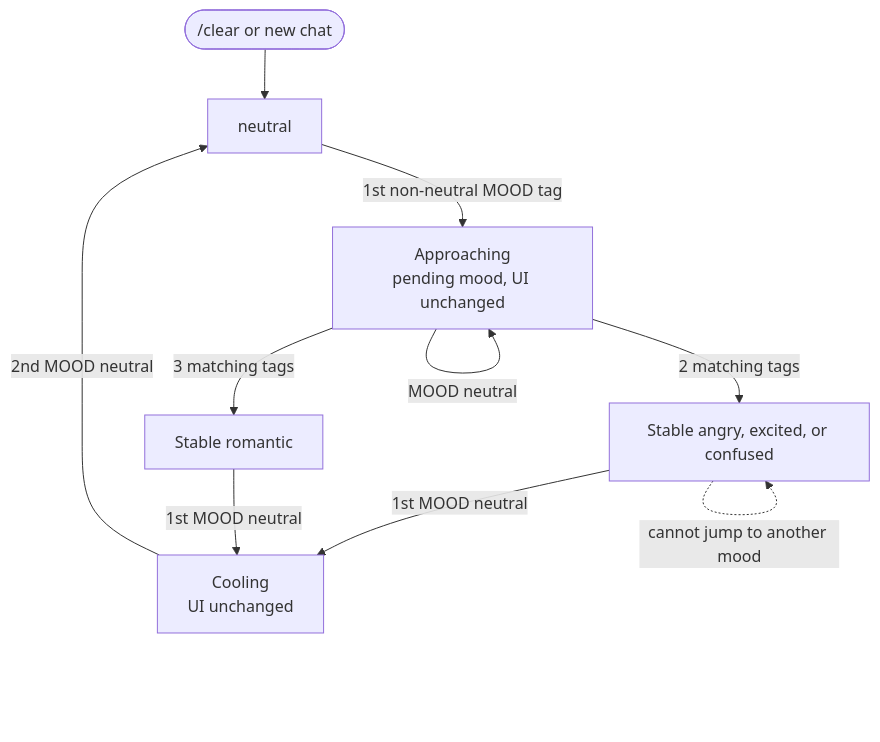
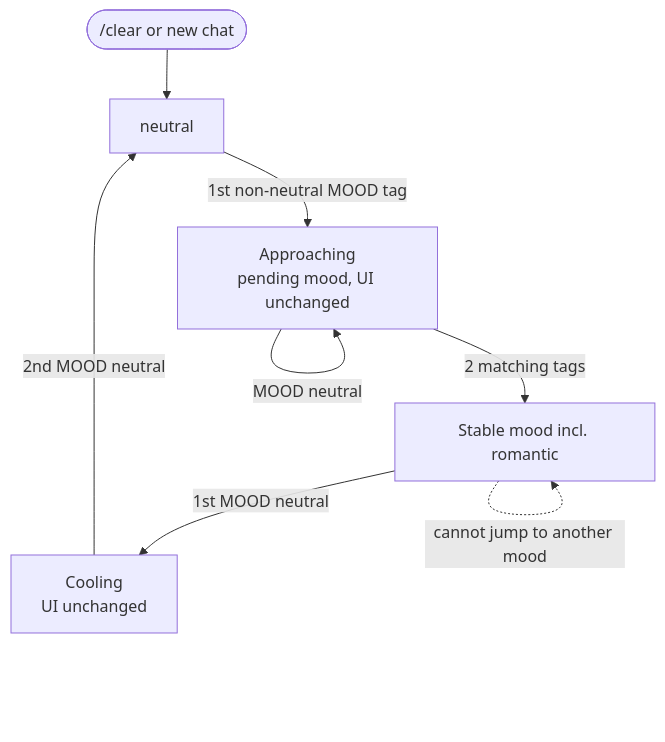
Before and after one commit to asyntes/tomie: the diagram in README.md, drawn with Mermaid. The commit also changed other lines of this file and 21 other files, not shown here.

````diff
--- a/README.md
+++ b/README.md
@@ -32,17 +32,15 @@
 ```mermaid
 flowchart TB
     start(["/clear or new chat"]) --> neutral
 
     neutral -->|"1st non-neutral MOOD tag"| approaching["Approaching<br/>pending mood, UI unchanged"]
 
-    approaching -->|"2 matching tags"| stable_fast["Stable angry, excited, or confused"]
-    approaching -->|"3 matching tags"| stable_romantic["Stable romantic"]
+    approaching -->|"2 matching tags"| stable_mood["Stable mood incl. romantic"]
     approaching -->|"MOOD neutral"| approaching
 
-    stable_fast -->|"1st MOOD neutral"| cooling["Cooling<br/>UI unchanged"]
-    stable_romantic -->|"1st MOOD neutral"| cooling
+    stable_mood -->|"1st MOOD neutral"| cooling["Cooling<br/>UI unchanged"]
 
     cooling -->|"2nd MOOD neutral"| neutral
 
-    stable_fast -.->|"cannot jump to another mood"| stable_fast
+    stable_mood -.->|"cannot jump to another mood"| stable_mood
 ```
````
